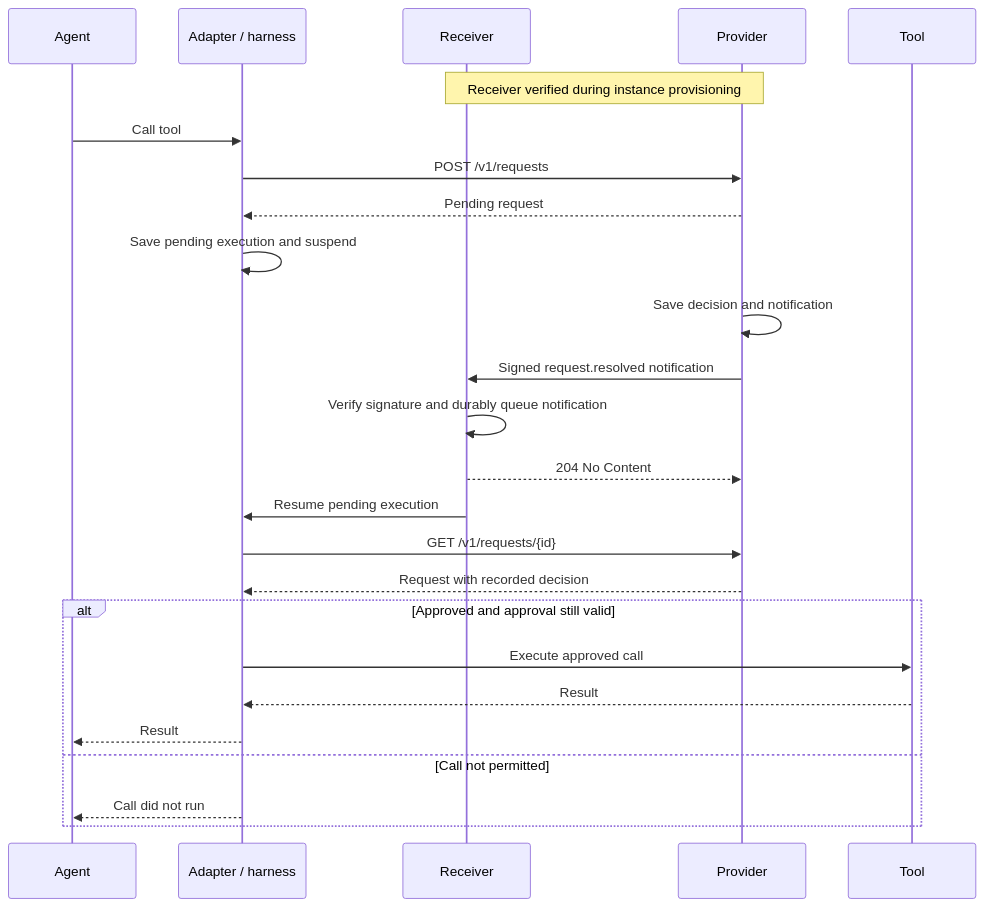
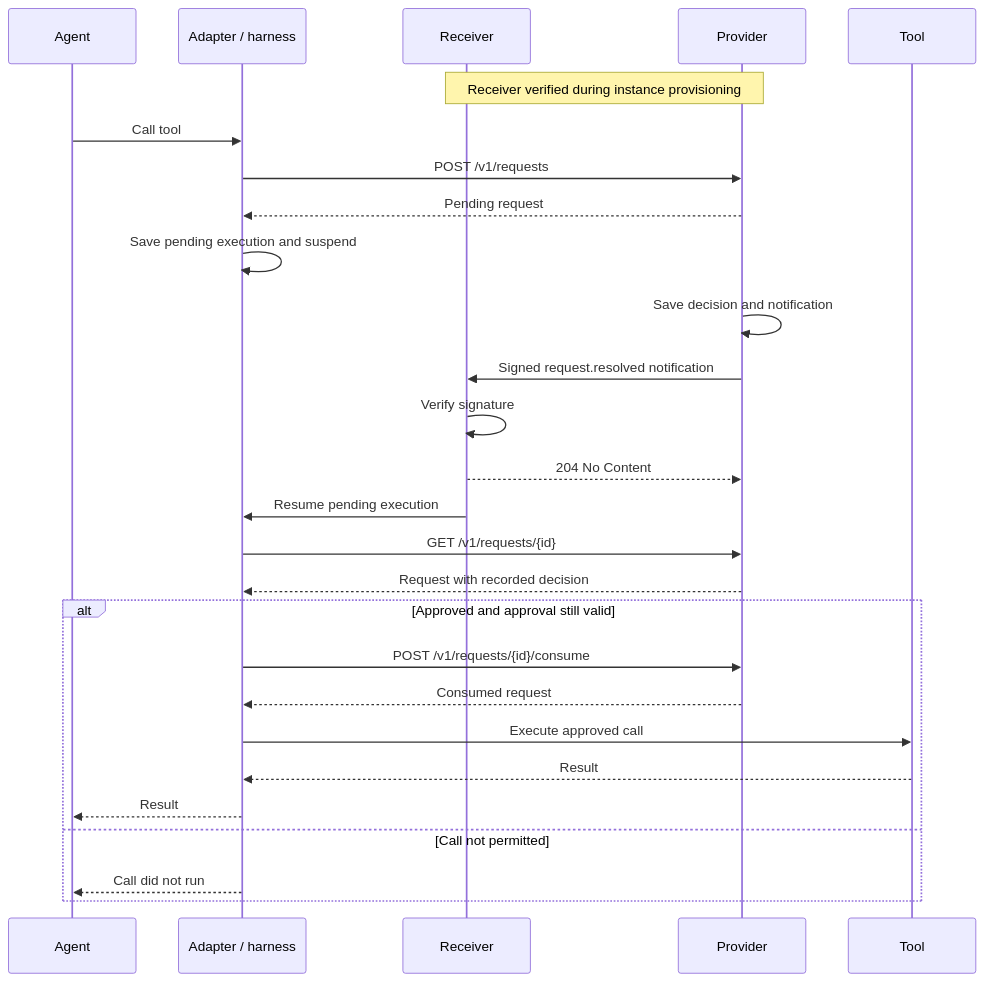
The diagram in docs/specification/7_async.md (agentapprovalprotocol/agentapprovalprotocol), drawn with Mermaid before and after one commit. The commit also changed other lines of this file and 16 other files, not shown here.

First line of the commit message:
Consume approvals at the provider and report outcomes (#52)

````diff
--- a/docs/specification/7_async.md
+++ b/docs/specification/7_async.md
@@ -18,27 +18,29 @@
 ```mermaid
 sequenceDiagram
     participant Agent
     participant Adapter as Adapter / harness
     participant Receiver
     participant Provider
     participant Tool
     Note over Receiver,Provider: Receiver verified during instance provisioning
     Agent->>Adapter: Call tool
     Adapter->>Provider: POST /v1/requests
     Provider-->>Adapter: Pending request
     Adapter->>Adapter: Save pending execution and suspend
     Provider->>Provider: Save decision and notification
     Provider->>Receiver: Signed request.resolved notification
-    Receiver->>Receiver: Verify signature and durably queue notification
+    Receiver->>Receiver: Verify signature
     Receiver-->>Provider: 204 No Content
     Receiver->>Adapter: Resume pending execution
     Adapter->>Provider: GET /v1/requests/{id}
     Provider-->>Adapter: Request with recorded decision
     alt Approved and approval still valid
+        Adapter->>Provider: POST /v1/requests/{id}/consume
+        Provider-->>Adapter: Consumed request
         Adapter->>Tool: Execute approved call
         Tool-->>Adapter: Result
         Adapter-->>Agent: Result
     else Call not permitted
         Adapter-->>Agent: Call did not run
     end
 ```
````
